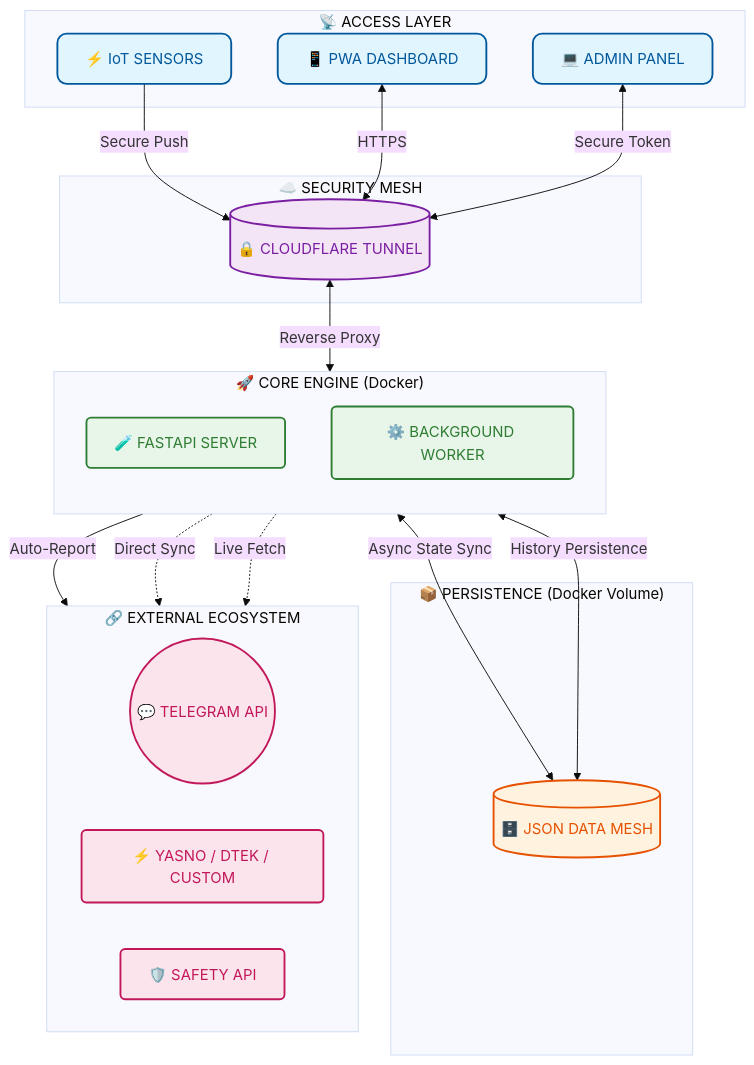
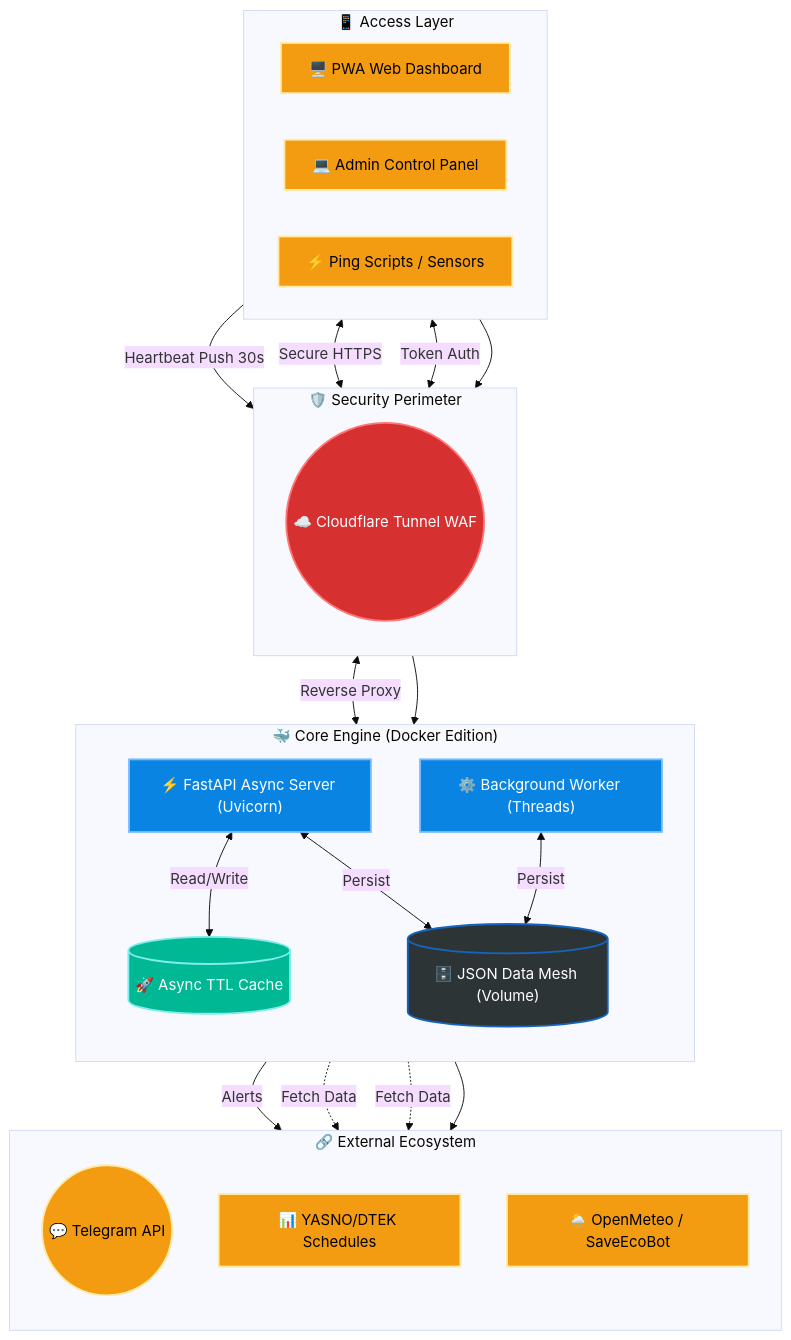
Before and after one commit to weby-homelab/flash-monitor-kyiv: the diagram in README.md, drawn with Mermaid (base theme). The commit also changed 1 other file, not shown here.

Commit message:
docs: overhaul mermaid architecture diagram with new technologies

````diff
--- a/README.md
+++ b/README.md
@@ -83,51 +83,61 @@
 ```mermaid
-flowchart TD
-    classDef access fill:#e1f5fe,stroke:#01579b,stroke-width:2px,color:#01579b,rx:10,ry:10
-    classDef network fill:#f3e5f5,stroke:#7b1fa2,stroke-width:2px,color:#7b1fa2,rx:5,ry:5
-    classDef core fill:#e8f5e9,stroke:#2e7d32,stroke-width:2px,color:#2e7d32,rx:5,ry:5
-    classDef storage fill:#fff3e0,stroke:#e65100,stroke-width:2px,color:#e65100,rx:10,ry:10
-    classDef external fill:#fce4ec,stroke:#c2185b,stroke-width:2px,color:#c2185b,rx:5,ry:5
+graph TD
+    %% -- Styles --
+    classDef cloud fill:#2d3436,stroke:#7b1fa2,stroke-width:2px,color:#fff
+    classDef local fill:#2d3436,stroke:#1565c0,stroke-width:2px,color:#fff
+    classDef service fill:#0984e3,stroke:#74b9ff,stroke-width:2px,color:#fff
+    classDef security fill:#d63031,stroke:#ff7675,stroke-width:2px,color:#fff
+    classDef network fill:#00b894,stroke:#81ecec,stroke-width:2px,color:#fff
+    classDef external fill:#f39c12,stroke:#ffeaa7,stroke-width:2px,color:#000
 
-    subgraph Access ["📡 ACCESS LAYER"]
-        IoT["⚡ IoT SENSORS"]
-        PWA["📱 PWA DASHBOARD"]
-        ADM["💻 ADMIN PANEL"]
+    %% -- External & Access Layer --
+    subgraph Access ["📱 Access Layer"]
+        direction LR
+        PWA["🖥️ PWA Web Dashboard"]:::external
+        ADM["💻 Admin Control Panel"]:::external
+        IoT["⚡ Ping Scripts / Sensors"]:::external
     end
 
-    subgraph Network ["☁️ SECURITY MESH"]
-        CF[("🔒 CLOUDFLARE TUNNEL")]
+    %% -- Security Perimeter --
+    subgraph Security ["🛡️ Security Perimeter"]
+        direction TB
+        CF(("☁️ Cloudflare Tunnel WAF")):::security
     end
 
-    subgraph Core ["🚀 CORE ENGINE (Docker)"]
+    %% -- Core Application (Docker) --
+    subgraph Core ["🐳 Core Engine (Docker Edition)"]
         direction TB
-        WEB["🧪 FASTAPI SERVER"]
-        WORKER["⚙️ BACKGROUND WORKER"]
+        WEB["⚡ FastAPI Async Server (Uvicorn)"]:::service
+        WORKER["⚙️ Background Worker (Threads)"]:::service
+        CACHE[("🚀 Async TTL Cache")]:::network
+        JSON[("🗄️ JSON Data Mesh (Volume)")]:::local
     end
 
-    subgraph Storage ["📦 PERSISTENCE (Docker Volume)"]
-        JSON[("🗄️ JSON DATA MESH")]
+    %% -- External APIs --
+    subgraph API ["🔗 External Ecosystem"]
+        direction TB
+        TG(("💬 Telegram API")):::external
+        YASNO["📊 YASNO/DTEK Schedules"]:::external
+        WEATHER["🌦️ OpenMeteo / SaveEcoBot"]:::external
     end
 
-    subgraph Integration ["🔗 EXTERNAL ECOSYSTEM"]
-        direction LR
-        TG(("💬 TELEGRAM API"))
-        DTEK["⚡ YASNO / DTEK / CUSTOM"]
-        SAFE["🛡️ SAFETY API"]
-    end
+    %% -- Relationships --
+    IoT -->|Heartbeat Push 30s| CF
+    PWA <-->|Secure HTTPS| CF
+    ADM <-->|Token Auth| CF
 
-    IoT -->|Secure Push| CF
-    PWA <-->|HTTPS| CF
-    ADM <-->|Secure Token| CF
     CF <-->|Reverse Proxy| WEB
-    WEB <-->|Async State Sync| JSON
-    WORKER <-->|History Persistence| JSON
-    WORKER -->|Auto-Report| TG
-    WORKER -.->|Direct Sync| DTEK
-    WEB -.->|Live Fetch| SAFE
+    
+    WEB <-->|Read/Write| CACHE
+    WEB <-->|Persist| JSON
+    
+    WORKER <-->|Persist| JSON
+    WORKER -->|Alerts| TG
+    WORKER -.->|Fetch Data| YASNO
+    WORKER -.->|Fetch Data| WEATHER
 
-    class IoT,PWA,ADM access
-    class CF network
-    class WEB,WORKER core
-    class JSON storage
-    class TG,DTEK,SAFE external
+    %% Layout adjustments
+    Access --> Security
+    Security --> Core
+    Core --> API
 ```
````
